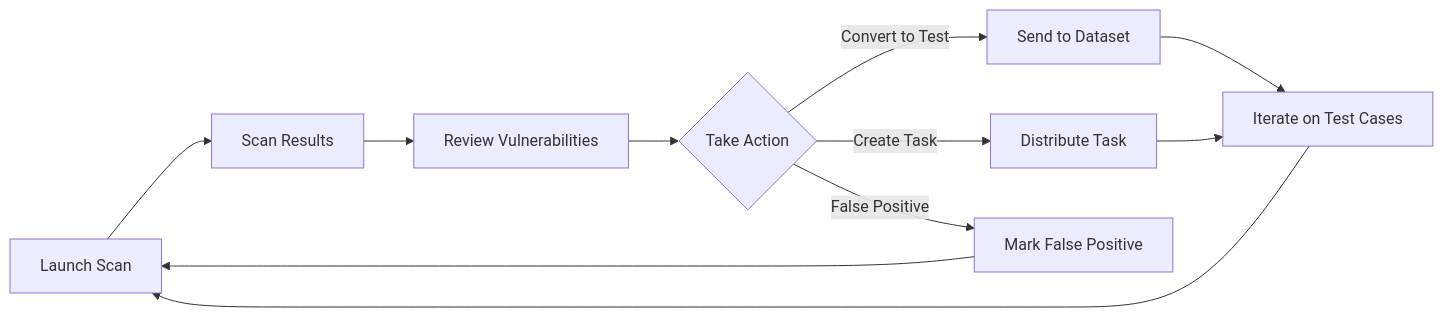
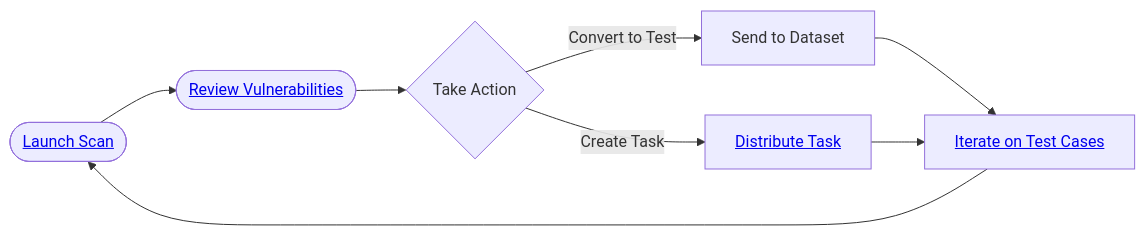
The diagram in script-docs/hub/ui/scan/index.rst (Giskard-AI/giskard-hub), drawn with Mermaid before and after one commit. The commit also changed 58 other files, not shown here.

```diff
--- a/script-docs/hub/ui/scan/index.rst
+++ b/script-docs/hub/ui/scan/index.rst
@@ -57,14 +57,11 @@
 .. mermaid::
    :align: center
 
    graph LR
-       A[Launch Scan] --> B[Scan Results]
-       B --> C[Review Vulnerabilities]
+       A([<a href="launch-scan.html" target="_self">Launch Scan</a>]) --> C([<a href="review-scan-results.html" target="_self">Review Vulnerabilities</a>])
        C --> D{Take Action}
        D -->|Convert to Test| E[Send to Dataset]
-       D -->|Create Task| F[Distribute Task]
-       D -->|False Positive| G[Mark False Positive]
-       E --> H[Iterate on Test Cases]
+       D -->|Create Task| F[<a href="../annotate/distribute_tasks.html" target="_self">Distribute Task</a>]
+       E --> H[<a href="../annotate/modify_test_cases.html" target="_self">Iterate on Test Cases</a>]
        F --> H
        H --> A
-       G --> A
```
